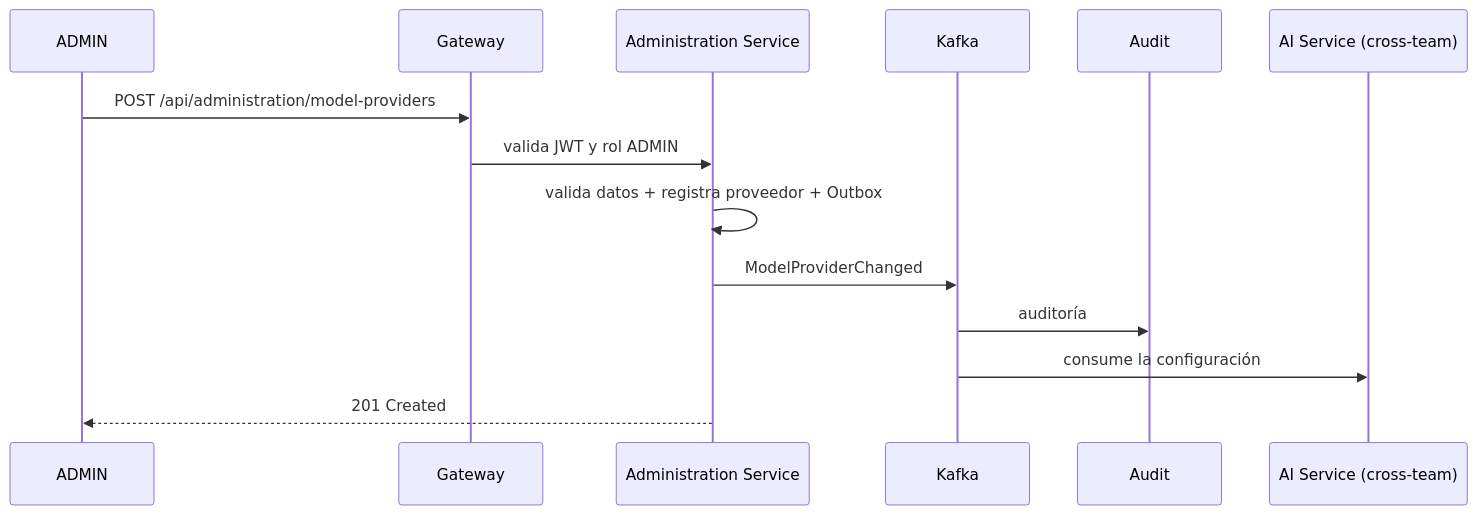
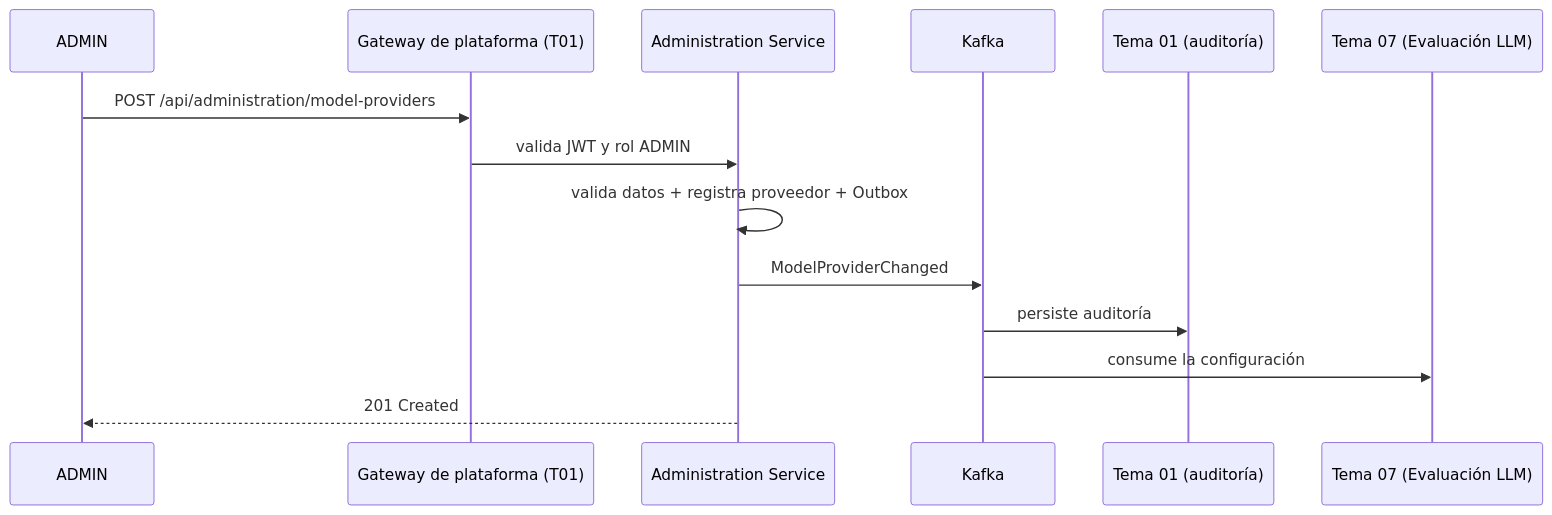
One commit to 2W2-114324-Carballo-Juarez-Mateo/backoffice-docs changed the fifth of 6 diagrams in docs/backend/arquitectura/comunicacion.md. Above: the diagram before and after it, drawn with Mermaid. The commit also changed other lines of this file and 11 other files, not shown here.

Commit message:
docs: alinear a Tema 12 Backoffice (doc oficial) — 2 servicios propietarios (Administration, Reporting) + consumo T01/T02 y lecturas; sync por gateway; PAR-01..24; auditoría/retención → T01

````diff
--- a/docs/backend/arquitectura/comunicacion.md
+++ b/docs/backend/arquitectura/comunicacion.md
@@ -139,17 +141,17 @@
 ```mermaid
 sequenceDiagram
     participant A as ADMIN
-    participant GW as Gateway
+    participant GW as Gateway de plataforma (T01)
     participant AD as Administration Service
     participant K as Kafka
-    participant AU as Audit
-    participant AI as AI Service (cross-team)
+    participant T01 as Tema 01 (auditoría)
+    participant T07 as Tema 07 (Evaluación LLM)
 
     A->>GW: POST /api/administration/model-providers
     GW->>AD: valida JWT y rol ADMIN
     AD->>AD: valida datos + registra proveedor + Outbox
     AD->>K: ModelProviderChanged
-    K->>AU: auditoría
-    K->>AI: consume la configuración
+    K->>T01: persiste auditoría
+    K->>T07: consume la configuración
     AD-->>A: 201 Created
 ```
````
